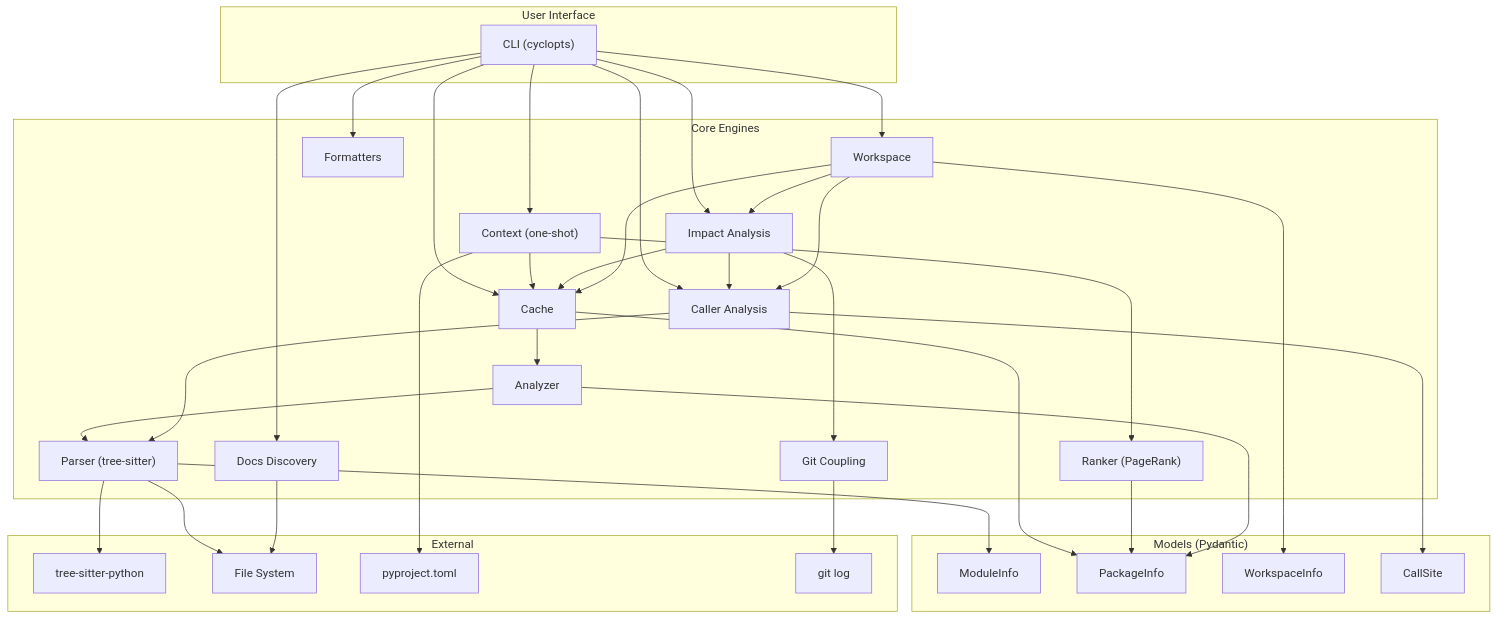
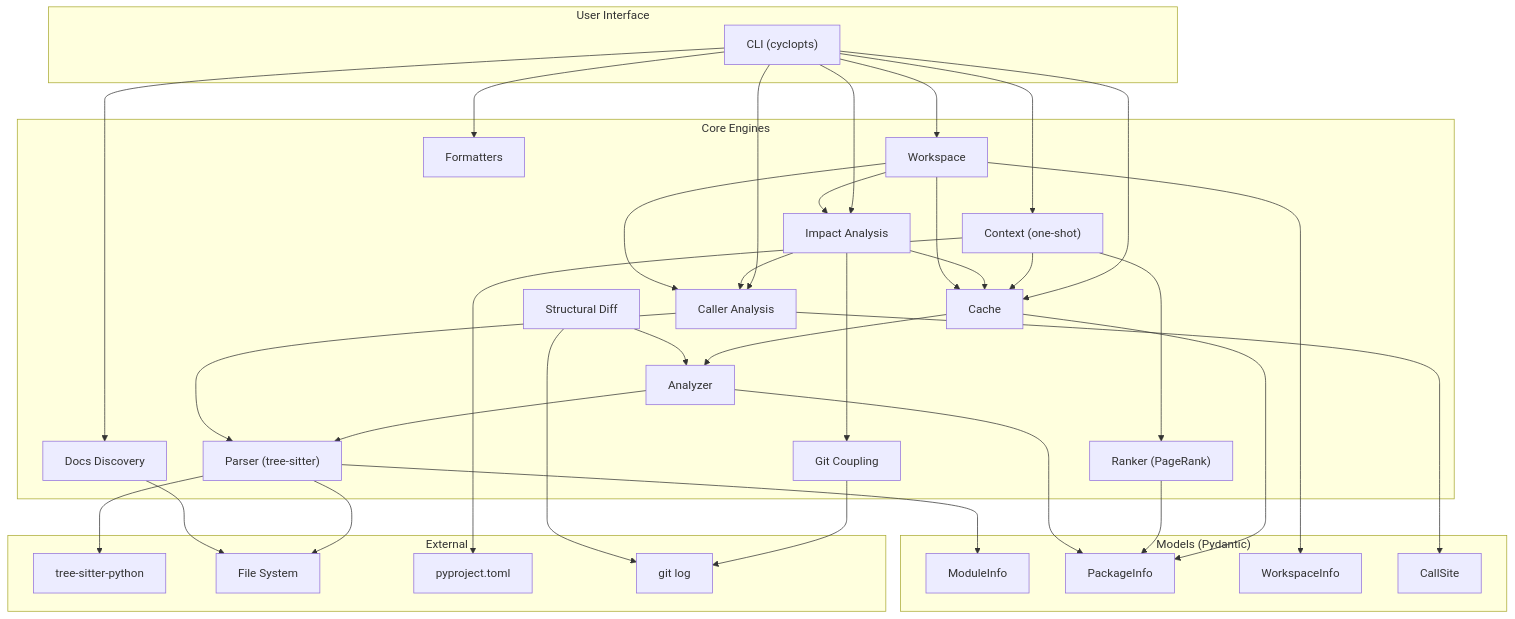
Before and after one commit to axm-protocols/axm-forge: the diagram in docs/explanation/architecture.md, drawn with Mermaid. The commit also changed other lines of this file and 1 other file, not shown here.

Commit message:
docs: document structural branch diff command
- Update README: features list, Quick Start, CLI table, test count 446->461
- Update architecture: Mermaid diagram + engine table with structural_diff.py

````diff
--- a/docs/explanation/architecture.md
+++ b/docs/explanation/architecture.md
@@ -7,64 +7,67 @@
 ```mermaid
 graph TD
     subgraph "User Interface"
         CLI["CLI (cyclopts)"]
     end
 
     subgraph "Core Engines"
         Parser["Parser (tree-sitter)"]
         Analyzer["Analyzer"]
         Cache["Cache"]
         Ranker["Ranker (PageRank)"]
         Callers["Caller Analysis"]
         Context["Context (one-shot)"]
         Impact["Impact Analysis"]
         GitCoupling["Git Coupling"]
+        StructDiff["Structural Diff"]
         Workspace["Workspace"]
         Docs["Docs Discovery"]
         Formatters["Formatters"]
     end
 
     subgraph "Models (Pydantic)"
         ModuleInfo["ModuleInfo"]
         PackageInfo["PackageInfo"]
         WorkspaceInfo["WorkspaceInfo"]
         CallSite["CallSite"]
     end
 
     subgraph "External"
         TreeSitter["tree-sitter-python"]
         FS["File System"]
         PyProject["pyproject.toml"]
         Git["git log"]
     end
 
     CLI --> Cache
     CLI --> Context
     CLI --> Impact
     CLI --> Callers
     CLI --> Formatters
     Cache --> Analyzer
     Cache --> PackageInfo
     Analyzer --> Parser
     Ranker --> PackageInfo
     Callers --> Parser
     Context --> Cache
     Context --> Ranker
     Impact --> Callers
     Impact --> Cache
     Impact --> GitCoupling
     GitCoupling --> Git
+    StructDiff --> Git
+    StructDiff --> Analyzer
     Parser --> TreeSitter
     Parser --> FS
     Parser --> ModuleInfo
     Analyzer --> PackageInfo
     Callers --> CallSite
     Context --> PyProject
     CLI --> Docs
     CLI --> Workspace
     Workspace --> Cache
     Workspace --> Callers
     Workspace --> Impact
     Workspace --> WorkspaceInfo
     Docs --> FS
 ```
````
